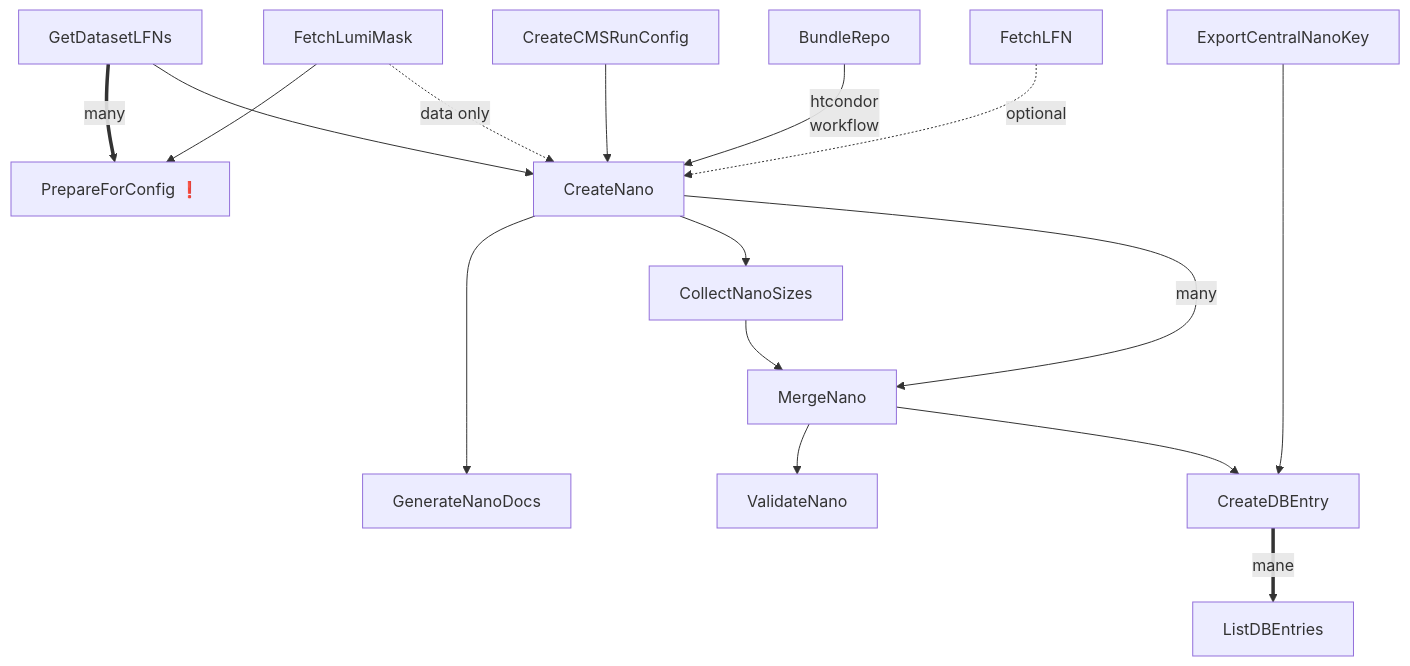
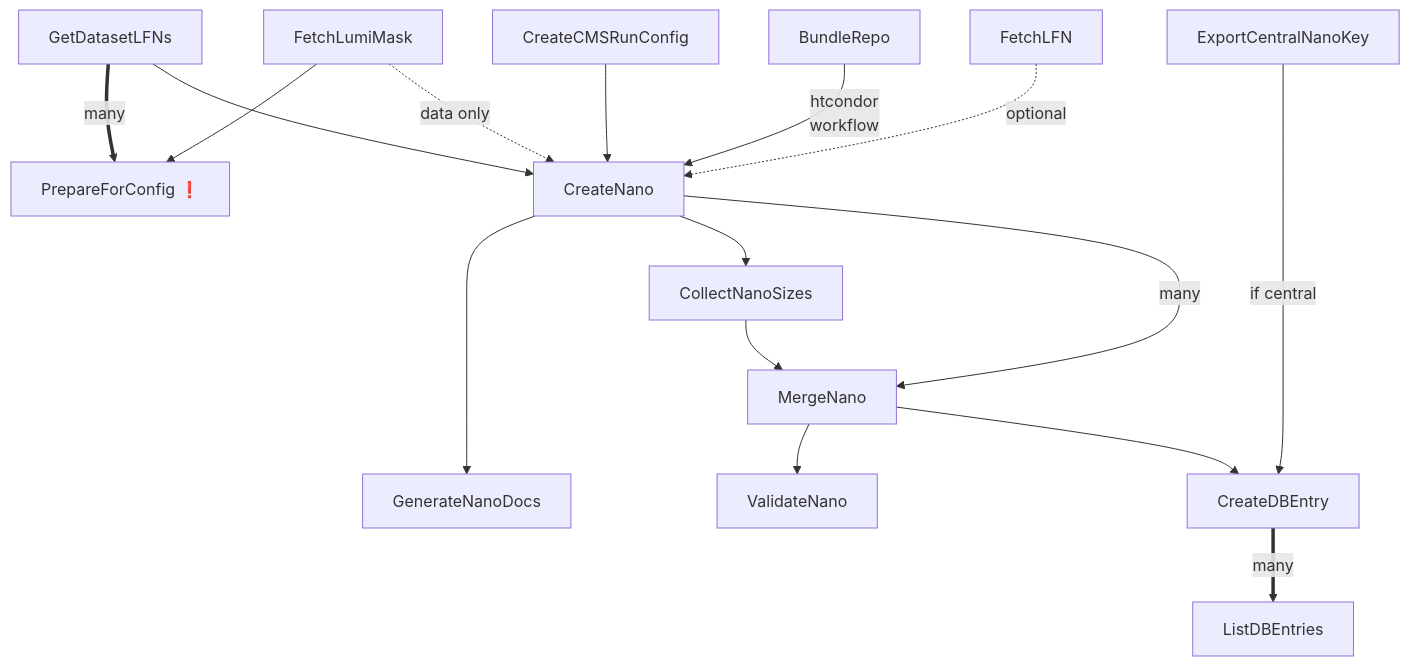
One commit to uhh-cms/nanogen changed the diagram in README.md. Above: the diagram before and after it, drawn with Mermaid. The commit also changed 5 other files, not shown here.

````diff
--- a/README.md
+++ b/README.md
@@ -18,18 +18,18 @@
 ```mermaid
 flowchart TD
   FetchLumiMask --> PrepareForConfig
   GetDatasetLFNs == many ==> PrepareForConfig["PrepareForConfig ❗️"]
   GetDatasetLFNs --> CreateNano
   CreateCMSRunConfig --> CreateNano
   BundleRepo -- htcondor<br />workflow --> CreateNano
   FetchLFN -. optional .-> CreateNano
   FetchLumiMask -. data only .-> CreateNano
   CreateNano ----> GenerateNanoDocs
   CreateNano --> CollectNanoSizes
   CollectNanoSizes --> MergeNano
   CreateNano -- many --> MergeNano
   MergeNano --> ValidateNano
   MergeNano --> CreateDBEntry
-  ExportCentralNanoKey -----> CreateDBEntry
-  CreateDBEntry == mane ==> ListDBEntries
+  ExportCentralNanoKey -- if central -----> CreateDBEntry
+  CreateDBEntry == many ==> ListDBEntries
 ```
````
